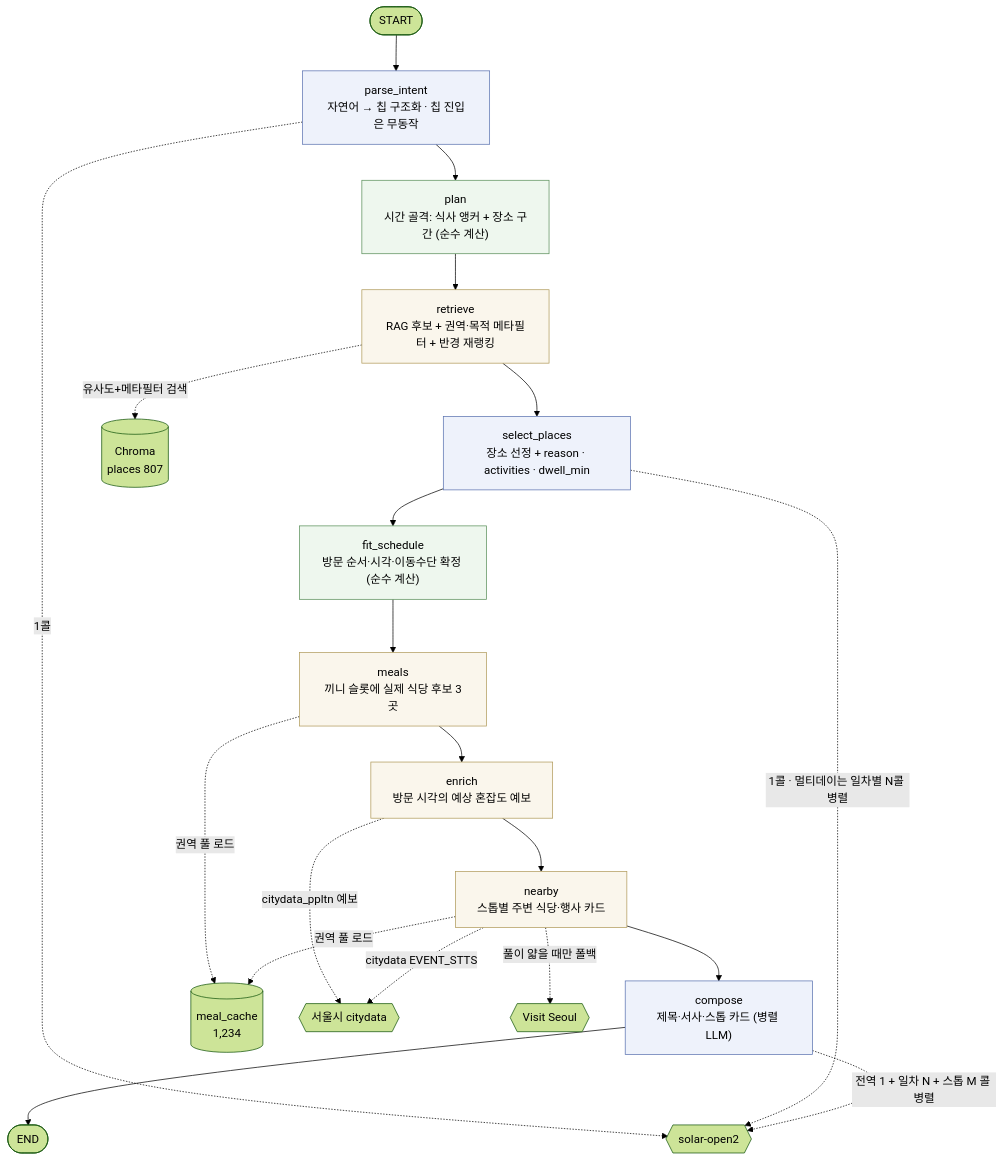
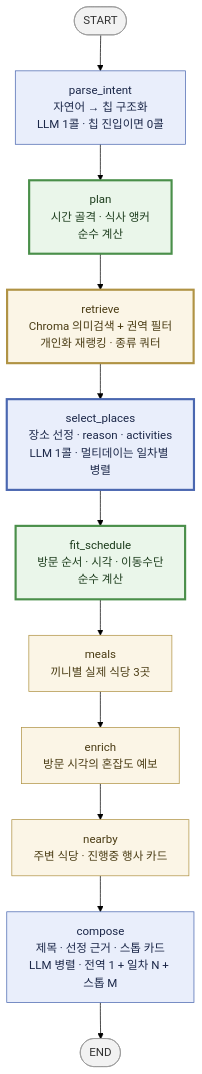
Before and after one commit to seoddhh/lewisai: the second of 3 diagrams in README.md, drawn with Mermaid (forest theme). The commit also changed other lines of this file and 1 other file, not shown here.

````diff
--- a/README.md
+++ b/README.md
@@ -125,36 +101,27 @@
 ```mermaid
 flowchart TD
-    S([START]) --> PI["parse_intent<br/>자연어 → 칩 구조화 · 칩 진입은 무동작"]
-    PI --> PL["plan<br/>시간 골격: 식사 앵커 + 장소 구간 (순수 계산)"]
-    PL --> RT["retrieve<br/>RAG 후보 + 권역·목적 메타필터 + 반경 재랭킹"]
-    RT --> SP["select_places<br/>장소 선정 + reason · activities · dwell_min"]
-    SP --> FS["fit_schedule<br/>방문 순서·시각·이동수단 확정 (순수 계산)"]
-    FS --> ML["meals<br/>끼니 슬롯에 실제 식당 후보 3곳"]
-    ML --> EN["enrich<br/>방문 시각의 예상 혼잡도 예보"]
-    EN --> NB["nearby<br/>스톱별 주변 식당·행사 카드"]
-    NB --> CP["compose<br/>제목·서사·스톱 카드 (병렬 LLM)"]
-    CP --> E([END])
+    S(["START"]) --> PI
 
-    LLM{{"solar-open2"}}
-    CHR[("Chroma<br/>places 807")]
-    CACHE[("meal_cache<br/>1,234")]
-    SEOUL{{"서울시 citydata"}}
-    VSAPI{{"Visit Seoul"}}
+    PI["parse_intent<br/>자연어 → 칩 구조화<br/>LLM 1콜 · 칩 진입이면 0콜"]
+    PL["plan<br/>시간 골격 · 식사 앵커<br/>순수 계산"]
+    RT["retrieve<br/>Chroma 의미검색 + 권역 필터<br/>개인화 재랭킹 · 종류 쿼터"]
+    SP["select_places<br/>장소 선정 · reason · activities<br/>LLM 1콜 · 멀티데이는 일차별 병렬"]
+    FS["fit_schedule<br/>방문 순서 · 시각 · 이동수단<br/>순수 계산"]
+    ML["meals<br/>끼니별 실제 식당 3곳"]
+    EN["enrich<br/>방문 시각의 혼잡도 예보"]
+    NB["nearby<br/>주변 식당 · 진행중 행사 카드"]
+    CP["compose<br/>제목 · 선정 근거 · 스톱 카드<br/>LLM 병렬 · 전역 1 + 일차 N + 스톱 M"]
 
-    PI -. 1콜 .-> LLM
-    SP -. 1콜 · 멀티데이는 일차별 N콜 병렬 .-> LLM
-    CP -. 전역 1 + 일차 N + 스톱 M 콜 병렬 .-> LLM
-    RT -. 유사도+메타필터 검색 .-> CHR
-    ML -. 권역 풀 로드 .-> CACHE
-    NB -. 권역 풀 로드 .-> CACHE
-    NB -. 풀이 얇을 때만 폴백 .-> VSAPI
-    EN -. citydata_ppltn 예보 .-> SEOUL
-    NB -. citydata EVENT_STTS .-> SEOUL
+    PI --> PL --> RT --> SP --> FS --> ML --> EN --> NB --> CP --> E(["END"])
 
-    classDef pure fill:#eef7ee,stroke:#5a8f5a
-    classDef ai fill:#eef2fb,stroke:#5a72b0
-    classDef ext fill:#faf6ec,stroke:#b09a5a
+    classDef pure fill:#eaf6ea,stroke:#4a8f4a,color:#1d3d1d
+    classDef ai fill:#e9eefb,stroke:#4a67b0,color:#1b2748
+    classDef io fill:#fbf5e6,stroke:#b09344,color:#4a3c14
+    classDef term fill:#f2f2f2,stroke:#999,color:#333
+    classDef branch stroke-width:3px
     class PL,FS pure
     class PI,SP,CP ai
-    class RT,ML,EN,NB ext
+    class RT,ML,EN,NB io
+    class S,E term
+    class PL,RT,SP,FS branch
 ```
````
